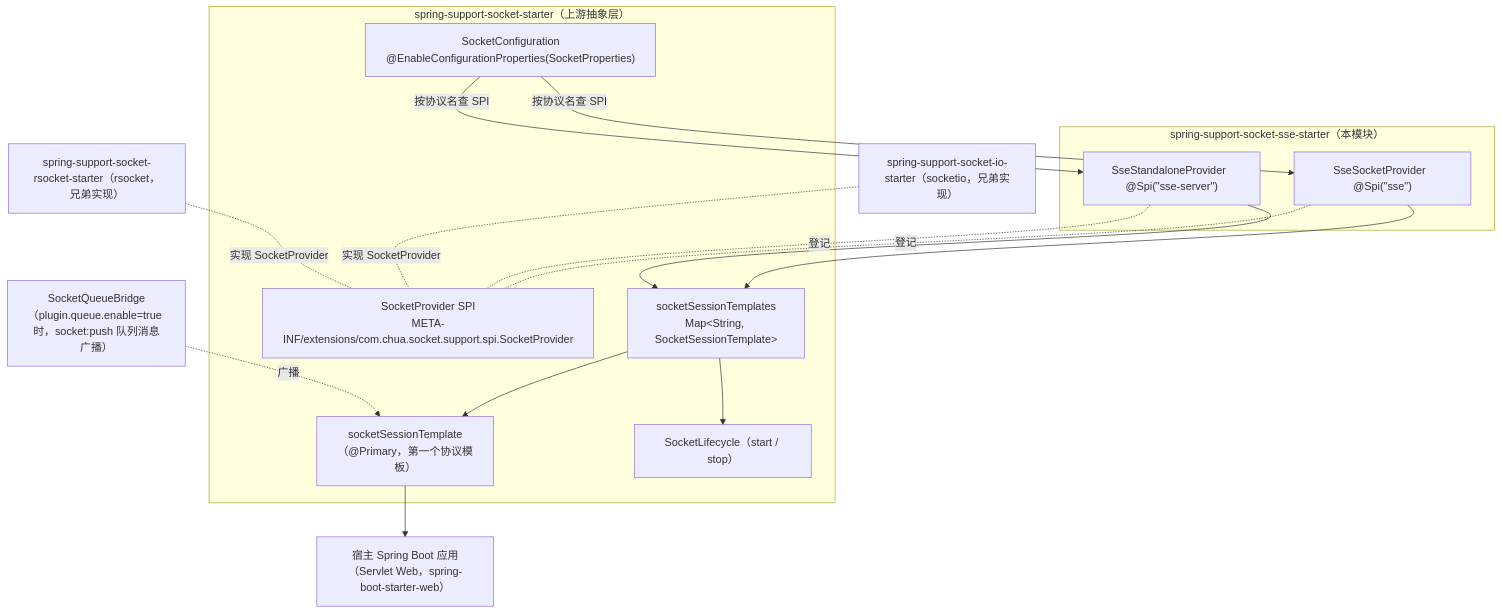
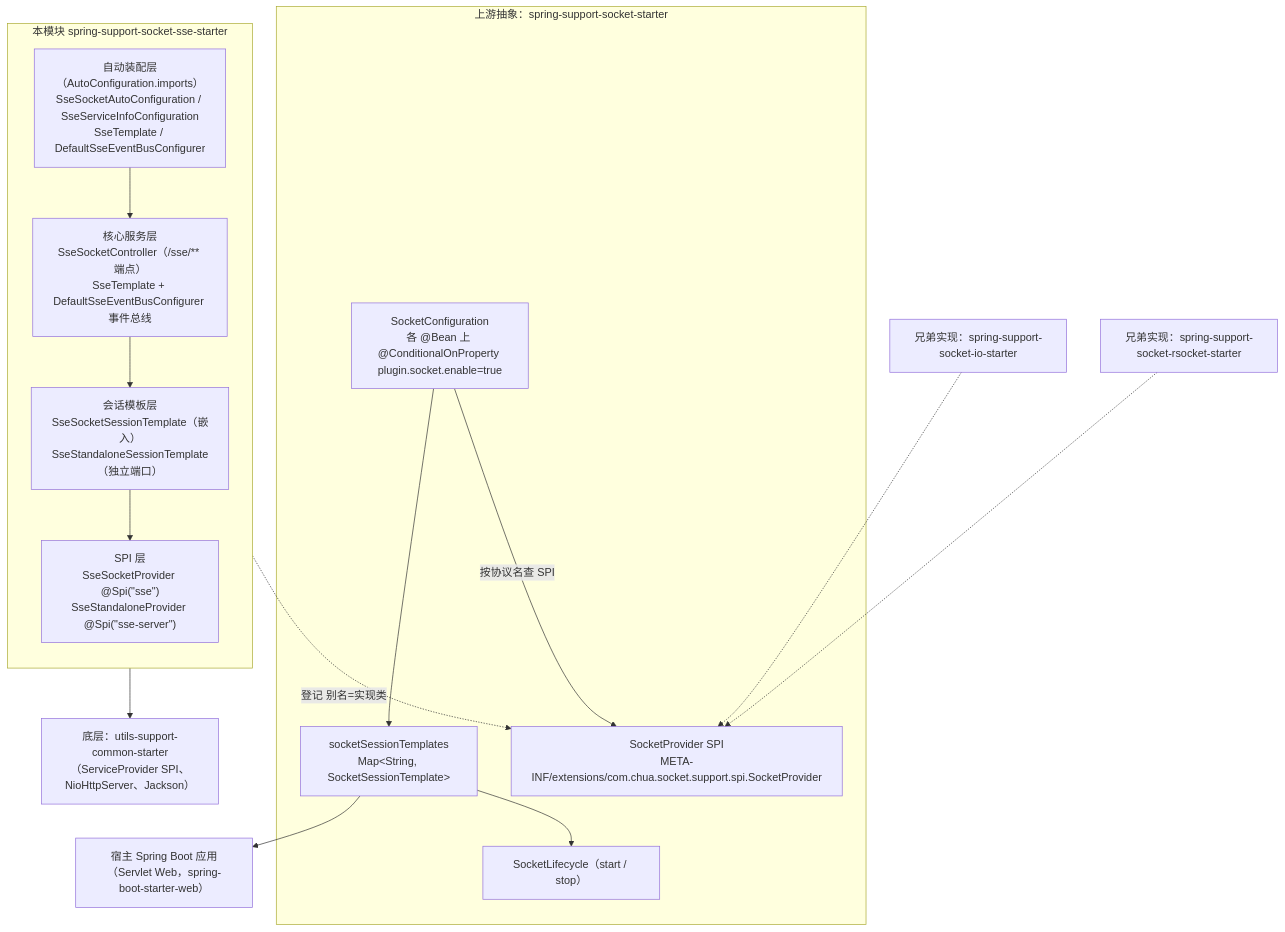
Before and after one commit to CHTK001/spring-support-parent-starter: the first of 2 diagrams in spring-support-socket-sse-starter/README.md, drawn with Mermaid. The commit also changed other lines of this file and 54 other files, not shown here.

````diff
--- a/spring-support-socket-sse-starter/README.md
+++ b/spring-support-socket-sse-starter/README.md
@@ -13,34 +7,32 @@
 ```mermaid
 flowchart TB
     HOST["宿主 Spring Boot 应用（Servlet Web，spring-boot-starter-web）"]
 
-    subgraph ABS["spring-support-socket-starter（上游抽象层）"]
-        SC["SocketConfiguration<br/>@EnableConfigurationProperties(SocketProperties)"]
+    subgraph UP["上游抽象：spring-support-socket-starter"]
+        SC["SocketConfiguration<br/>各 @Bean 上 @ConditionalOnProperty plugin.socket.enable=true"]
         SPI["SocketProvider SPI<br/>META-INF/extensions/com.chua.socket.support.spi.SocketProvider"]
         MAP["socketSessionTemplates<br/>Map&lt;String, SocketSessionTemplate&gt;"]
-        PRI["socketSessionTemplate（@Primary，第一个协议模板）"]
         LC["SocketLifecycle（start / stop）"]
+        SC -- "按协议名查 SPI" --> SPI
+        SC --> MAP --> LC
     end
 
-    subgraph SSE["spring-support-socket-sse-starter（本模块）"]
-        P1["SseSocketProvider  @Spi(&quot;sse&quot;)"]
-        P2["SseStandaloneProvider  @Spi(&quot;sse-server&quot;)"]
+    subgraph SSE["本模块 spring-support-socket-sse-starter"]
+        direction TB
+        AC["自动装配层（AutoConfiguration.imports）<br/>SseSocketAutoConfiguration / SseServiceInfoConfiguration<br/>SseTemplate / DefaultSseEventBusConfigurer"]
+        CORE["核心服务层<br/>SseSocketController（/sse/** 端点）<br/>SseTemplate + DefaultSseEventBusConfigurer 事件总线"]
+        TPL["会话模板层<br/>SseSocketSessionTemplate（嵌入）<br/>SseStandaloneSessionTemplate（独立端口）"]
+        SP["SPI 层<br/>SseSocketProvider @Spi(&quot;sse&quot;)<br/>SseStandaloneProvider @Spi(&quot;sse-server&quot;)"]
+        AC --> CORE --> TPL --> SP
     end
 
-    SIO["spring-support-socket-io-starter（socketio，兄弟实现）"]
-    RSK["spring-support-socket-rsocket-starter（rsocket，兄弟实现）"]
-    QBR["SocketQueueBridge（plugin.queue.enable=true 时，socket:push 队列消息广播）"]
+    SIO["兄弟实现：spring-support-socket-io-starter"]
+    RSK["兄弟实现：spring-support-socket-rsocket-starter"]
+    UTIL["底层：utils-support-common-starter（ServiceProvider SPI、NioHttpServer、Jackson）"]
 
-    P1 -. 登记 .- SPI
-    P2 -. 登记 .- SPI
-    SC -- "按协议名查 SPI" --> P1
-    SC -- "按协议名查 SPI" --> P2
-    SIO -. 实现 SocketProvider .- SPI
-    RSK -. 实现 SocketProvider .- SPI
-    P1 --> MAP
-    P2 --> MAP
-    MAP --> PRI
-    MAP --> LC
-    PRI --> HOST
-    QBR -. 广播 .-> PRI
+    SP -. "登记 别名=实现类" .-> SPI
+    SIO -.-> SPI
+    RSK -.-> SPI
+    MAP --> HOST
+    SSE --> UTIL
 ```
````
